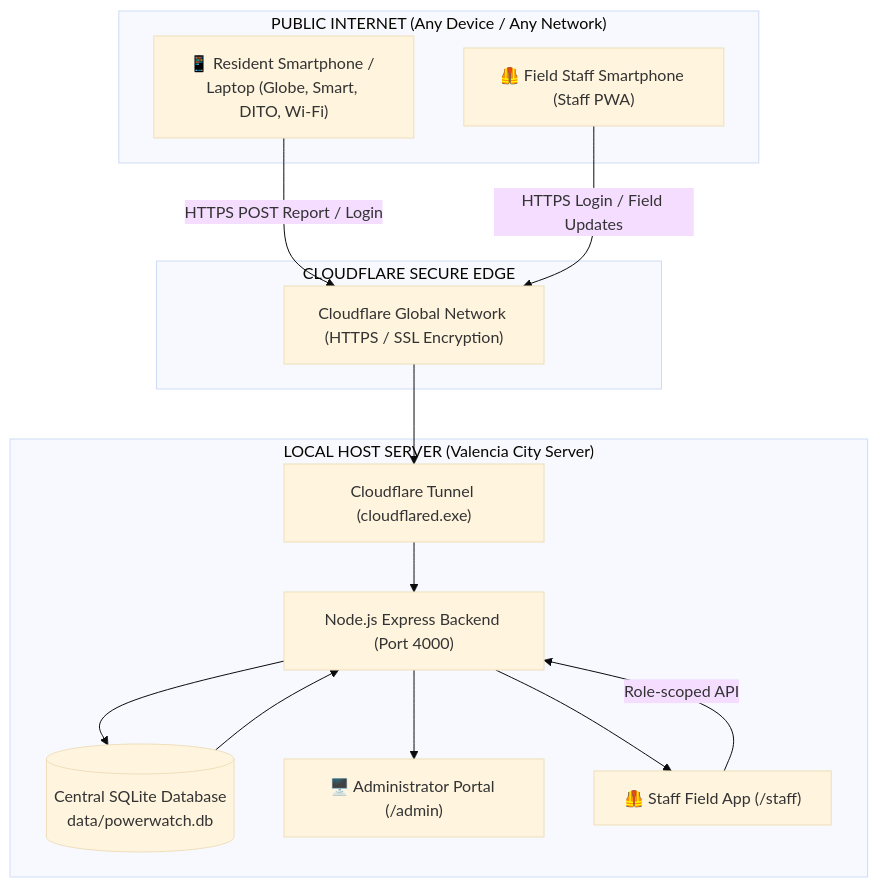
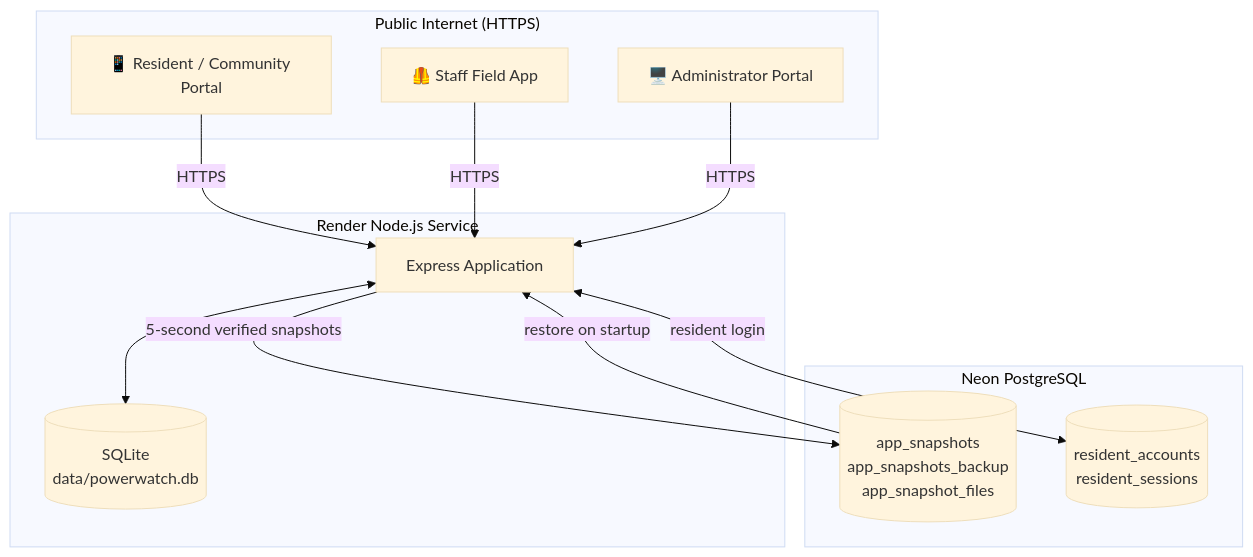
The diagram in SYSTEM_DEPLOYMENT_AND_USER_GUIDE.md (DELMARKELL09652703584/valencia-powerwatch), drawn with Mermaid (base theme) before and after one commit. The commit also changed other lines of this file and 2 other files, not shown here.

Commit message:
Document hybrid Neon architecture and security limits

````diff
--- a/SYSTEM_DEPLOYMENT_AND_USER_GUIDE.md
+++ b/SYSTEM_DEPLOYMENT_AND_USER_GUIDE.md
@@ -57,29 +59,26 @@
 ```mermaid
 flowchart TD
-    subgraph Public_Internet["PUBLIC INTERNET (Any Device / Any Network)"]
-        UserPhone["📱 Resident Smartphone / Laptop (Globe, Smart, DITO, Wi-Fi)"]
-        StaffPhone["🦺 Field Staff Smartphone (Staff PWA)"]
+    subgraph Public_Internet["Public Internet (HTTPS)"]
+        Resident["📱 Resident / Community Portal"]
+        Staff["🦺 Staff Field App"]
+        Admin["🖥️ Administrator Portal"]
     end
 
-    subgraph Cloudflare_Edge["CLOUDFLARE SECURE EDGE"]
-        CF["Cloudflare Global Network (HTTPS / SSL Encryption)"]
+    subgraph Render["Render Node.js Service"]
+        Express["Express Application"]
+        SQLite[("SQLite\ndata/powerwatch.db")]
     end
 
-    subgraph Host_Machine["LOCAL HOST SERVER (Valencia City Server)"]
-        Tunnel["Cloudflare Tunnel (cloudflared.exe)"]
-        Express["Node.js Express Backend (Port 4000)"]
-        DB[("Central SQLite Database\ndata/powerwatch.db")]
-        AdminWeb["🖥️ Administrator Portal (/admin)"]
-        StaffWeb["🦺 Staff Field App (/staff)"]
+    subgraph Neon["Neon PostgreSQL"]
+        Snapshots[("app_snapshots\napp_snapshots_backup\napp_snapshot_files")]
+        ResidentAuth[("resident_accounts\nresident_sessions")]
     end
 
-    UserPhone -->|HTTPS POST Report / Login| CF
-    CF --> Tunnel
-    Tunnel --> Express
-    Express --> DB
-    DB --> Express
-    Express --> AdminWeb
-    Express --> StaffWeb
-    StaffPhone -->|HTTPS Login / Field Updates| CF
-    StaffWeb -->|Role-scoped API| Express
+    Resident -->|HTTPS| Express
+    Staff -->|HTTPS| Express
+    Admin -->|HTTPS| Express
+    Express <--> SQLite
+    Express -->|5-second verified snapshots| Snapshots
+    Snapshots -->|restore on startup| Express
+    Express <-->|resident login| ResidentAuth
 ```
````
